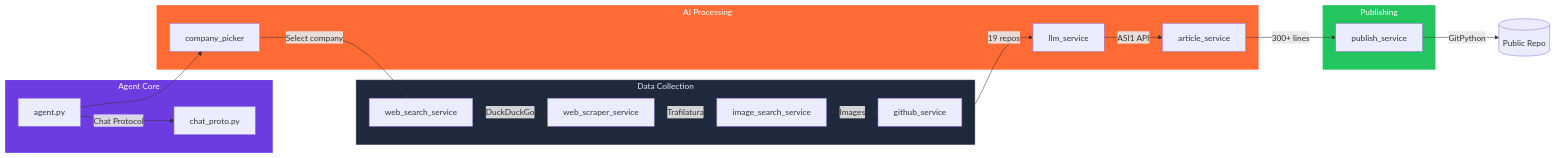
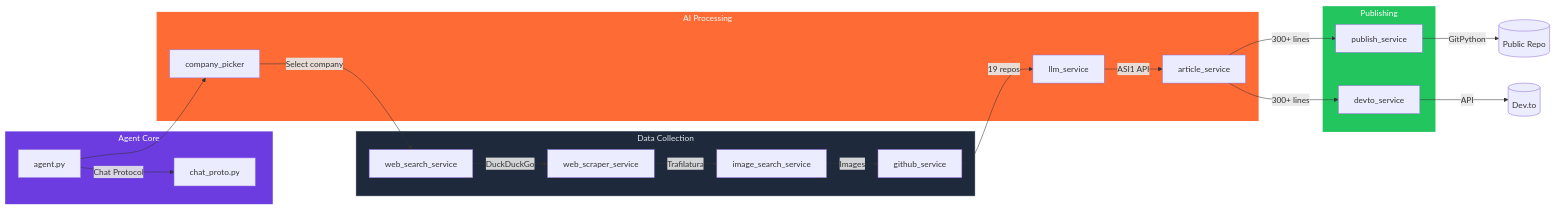
One commit to gautammanak1/ai-tech-daily-agent changed the second of 2 diagrams in README.md. Above: the diagram before and after it, drawn with Mermaid. The commit also changed other lines of this file and 4 other files, not shown here.

First line of the commit message:
feat: auto-publish articles to Dev.to via API

````diff
--- a/README.md
+++ b/README.md
@@ -82,38 +87,41 @@
 ```mermaid
 graph LR
     subgraph Core ["Agent Core"]
         A[agent.py] -->|Chat Protocol| P[chat_proto.py]
     end
 
     subgraph Data ["Data Collection"]
         WS[web_search_service]
         SC[web_scraper_service]
         IS[image_search_service]
         GH[github_service]
     end
 
     subgraph Intelligence ["AI Processing"]
         CP[company_picker]
         LLM[llm_service]
         ART[article_service]
     end
 
     subgraph Output ["Publishing"]
         PUB[publish_service]
+        DEV[devto_service]
     end
 
     A --> CP
     CP -->|Select company| WS
     WS -->|DuckDuckGo| SC
     SC -->|Trafilatura| IS
     IS -->|Images| GH
     GH -->|19 repos| LLM
     LLM -->|ASI1 API| ART
     ART -->|300+ lines| PUB
+    ART -->|300+ lines| DEV
     PUB -->|GitPython| REPO[(Public Repo)]
+    DEV -->|API| DEVTO[(Dev.to)]
 
     style Core fill:#6C3CE1,color:#fff,stroke:none
     style Data fill:#1e293b,color:#e2e8f0,stroke:#334155
     style Intelligence fill:#FF6B35,color:#fff,stroke:none
     style Output fill:#22c55e,color:#fff,stroke:none
 ```
````
